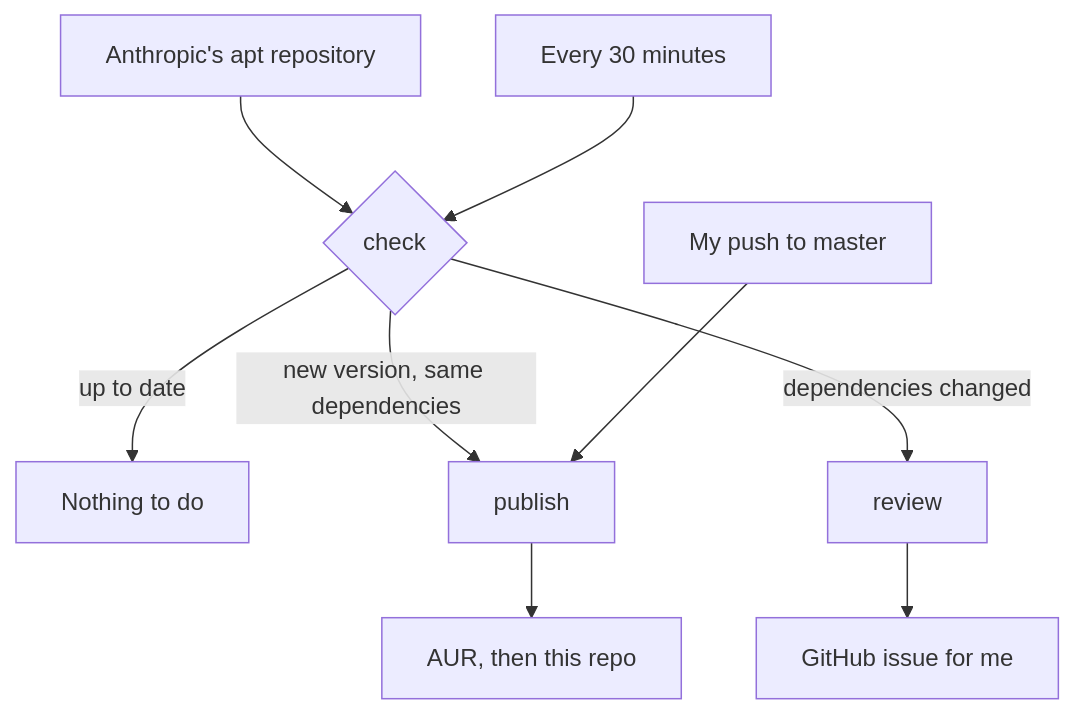
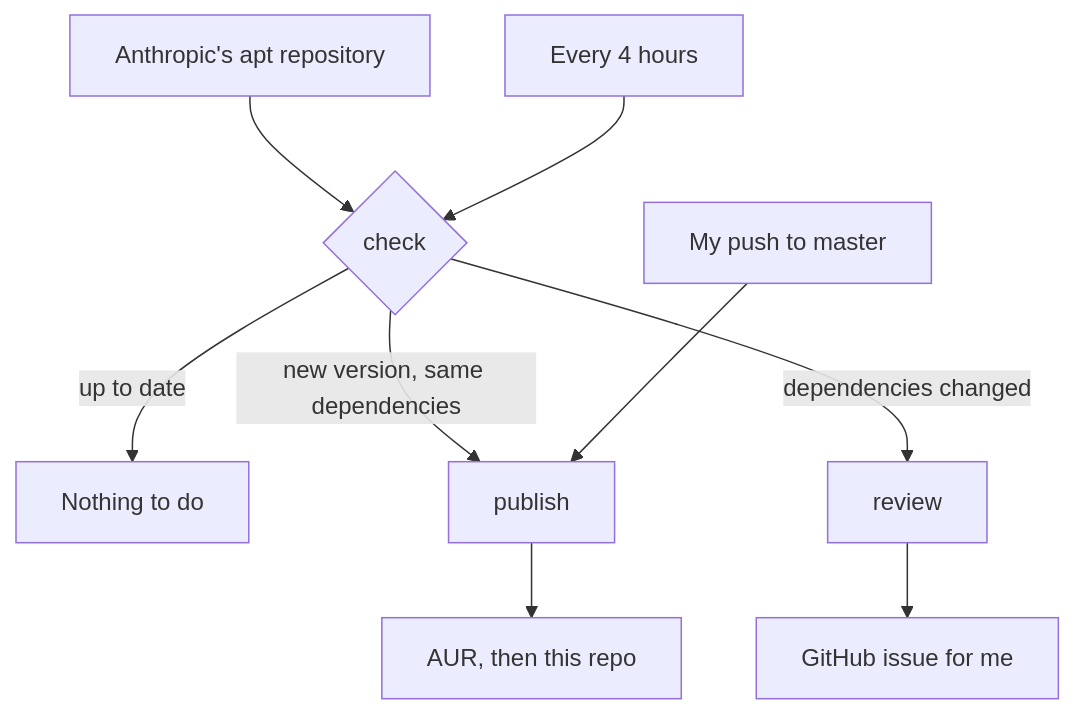
The diagram in README.md (diazkev314/claude-desktop-aur), drawn with Mermaid before and after one commit. The commit also changed other lines of this file and 1 other file, not shown here.

Commit message:
ci: check every 4 hours and retry AUR pushes
Scheduled runs at GitHub's busy :00 slot can be delayed or dropped, so
the check now runs at minute 17 every 4 hours. AUR's SSH server
sometimes closes the connection on push (run #16), so the push is
retried up to 3 times, 15s and then 45s apart.

````diff
--- a/README.md
+++ b/README.md
@@ -21,11 +21,11 @@
 ```mermaid
 flowchart TD
     A[Anthropic's apt repository] --> C{check}
-    S[Every 30 minutes] --> C
+    S[Every 4 hours] --> C
     C -->|up to date| N[Nothing to do]
     C -->|new version, same dependencies| P[publish]
     C -->|dependencies changed| R[review]
     K[My push to master] --> P
     P --> U[AUR, then this repo]
     R --> I[GitHub issue for me]
 ```
````
